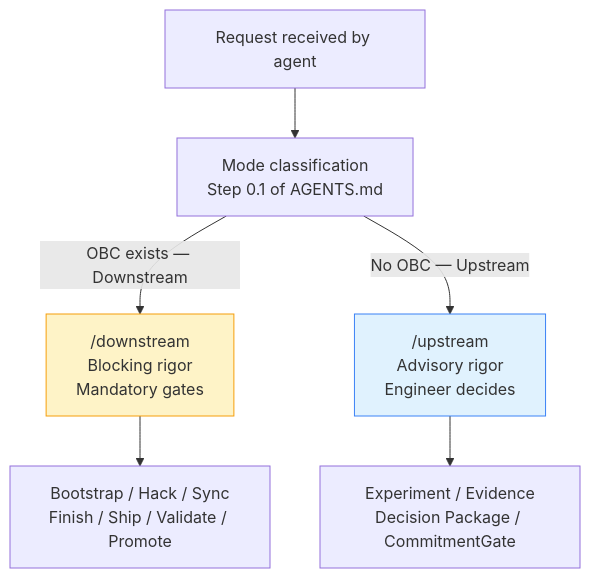
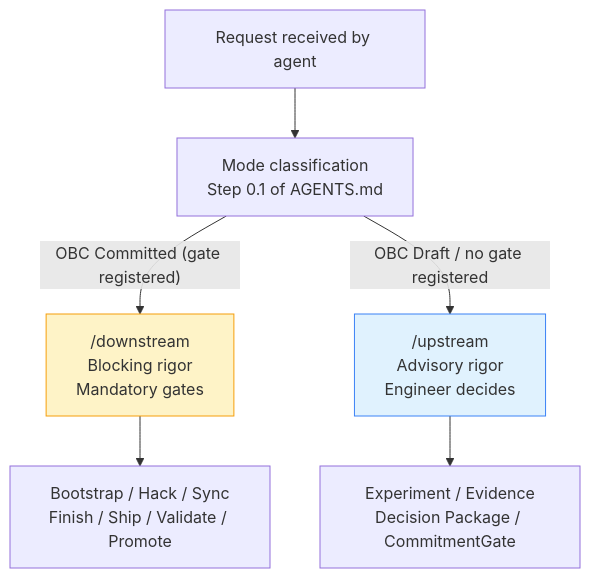
One commit to produtoreativo/from-intent-to-outcome changed the diagram in en/chapter-10.md. Above: the diagram before and after it, drawn with Mermaid. The commit also changed other lines of this file and 19 other files, not shown here.

````diff
--- a/en/chapter-10.md
+++ b/en/chapter-10.md
@@ -67,11 +67,11 @@
 ```mermaid
 graph TD
     REQ["Request received by agent"] --> CLASS["Mode classification\nStep 0.1 of AGENTS.md"]
-    CLASS -->|"OBC exists — Downstream"| DS["/downstream\nBlocking rigor\nMandatory gates"]
-    CLASS -->|"No OBC — Upstream"| US["/upstream\nAdvisory rigor\nEngineer decides"]
+    CLASS -->|"OBC Committed (gate registered)"| DS["/downstream\nBlocking rigor\nMandatory gates"]
+    CLASS -->|"OBC Draft / no gate registered"| US["/upstream\nAdvisory rigor\nEngineer decides"]
     DS --> SKILLS_DS["Bootstrap / Hack / Sync\nFinish / Ship / Validate / Promote"]
     US --> SKILLS_US["Experiment / Evidence\nDecision Package / CommitmentGate"]
 
     style DS fill:#FEF3C7,stroke:#F59E0B
     style US fill:#E0F2FE,stroke:#3B82F6
 ```
````
